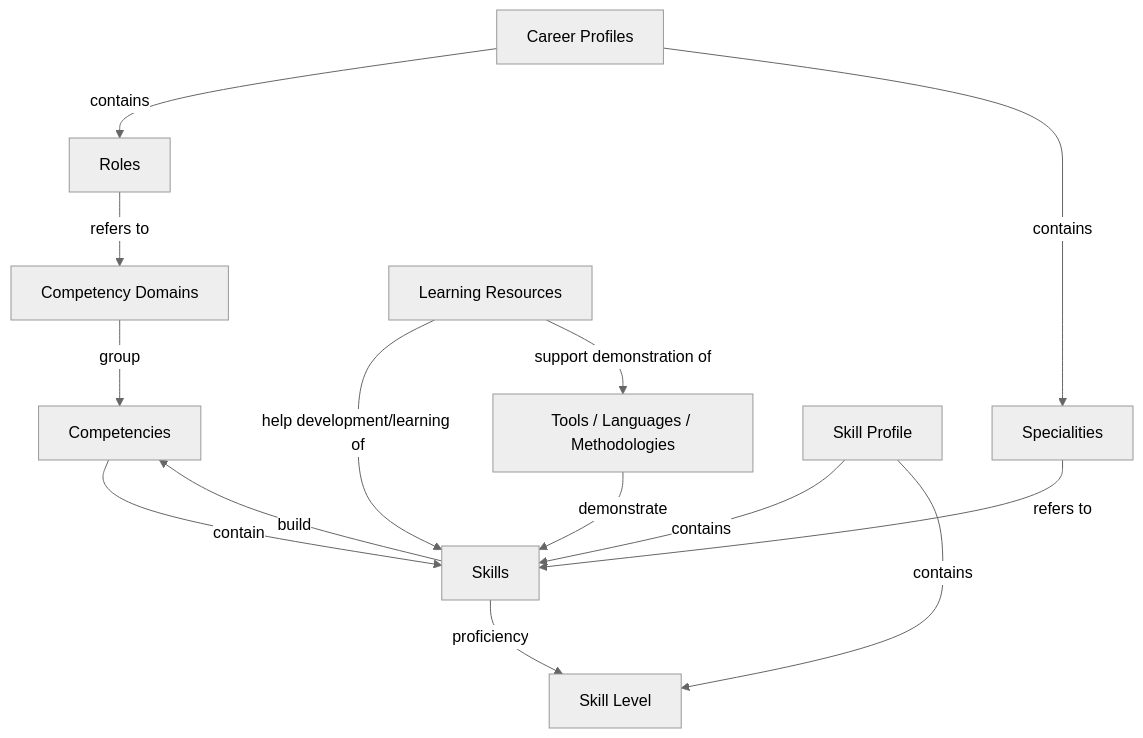
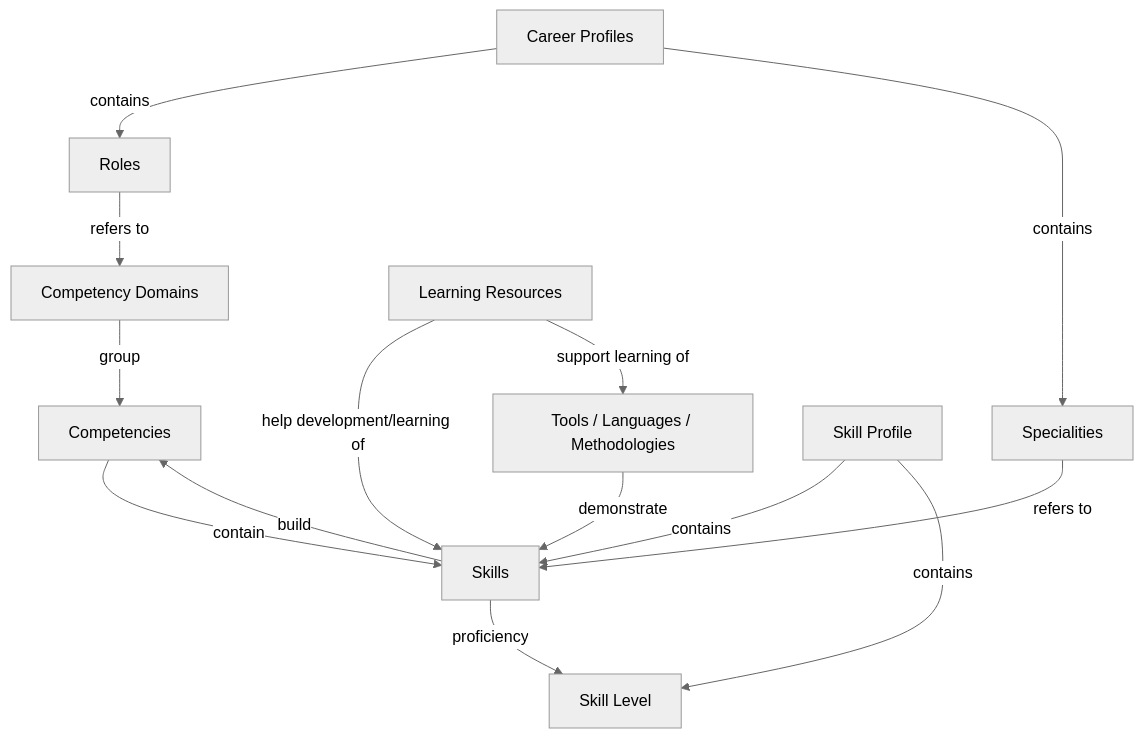
One commit to direct-framework/digital-research-competencies-framework changed the diagram in framework/framework-diagram.md. Above: the diagram before and after it, drawn with Mermaid (neutral theme).

Commit message:
Update framework-diagram.md for clarity in relationships

````diff
--- a/framework/framework-diagram.md
+++ b/framework/framework-diagram.md
@@ -12,28 +12,28 @@
 ```mermaid
 flowchart TD
 CD[Competency Domains]
 C[Competencies]
 Sk[Skills]
 SL[Skill Level]
 TLM[Tools / Languages / Methodologies]
 LR[Learning Resources]
 R[Roles]
 Spec[Specialities]
 CP[Career Profiles]
 SP[Skill Profile]
 
 
 CD -- group --> C
 C -- contain --> Sk
 Sk -- build --> C
 Sk -- proficiency --> SL
 TLM -- demonstrate --> Sk
 LR -- help development/learning of --> Sk
-LR -- support demonstration of --> TLM
+LR -- support learning of --> TLM
 CP -- contains --> R
 CP -- contains --> Spec
 R -- refers to --> CD
 Spec -- refers to --> Sk
 SP -- contains --> Sk
 SP -- contains --> SL
 ```
````
